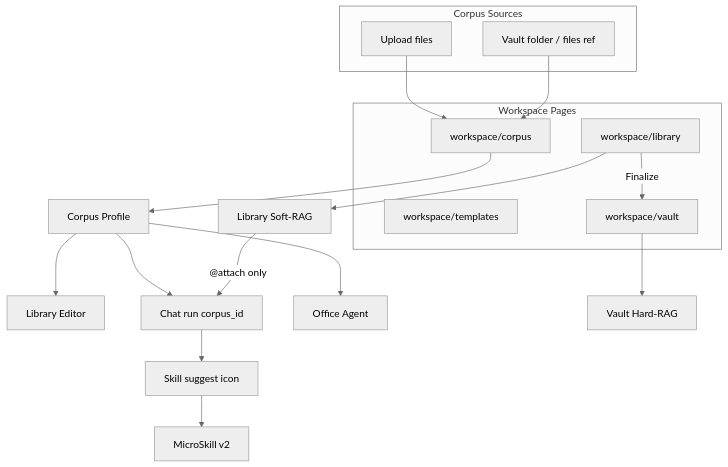
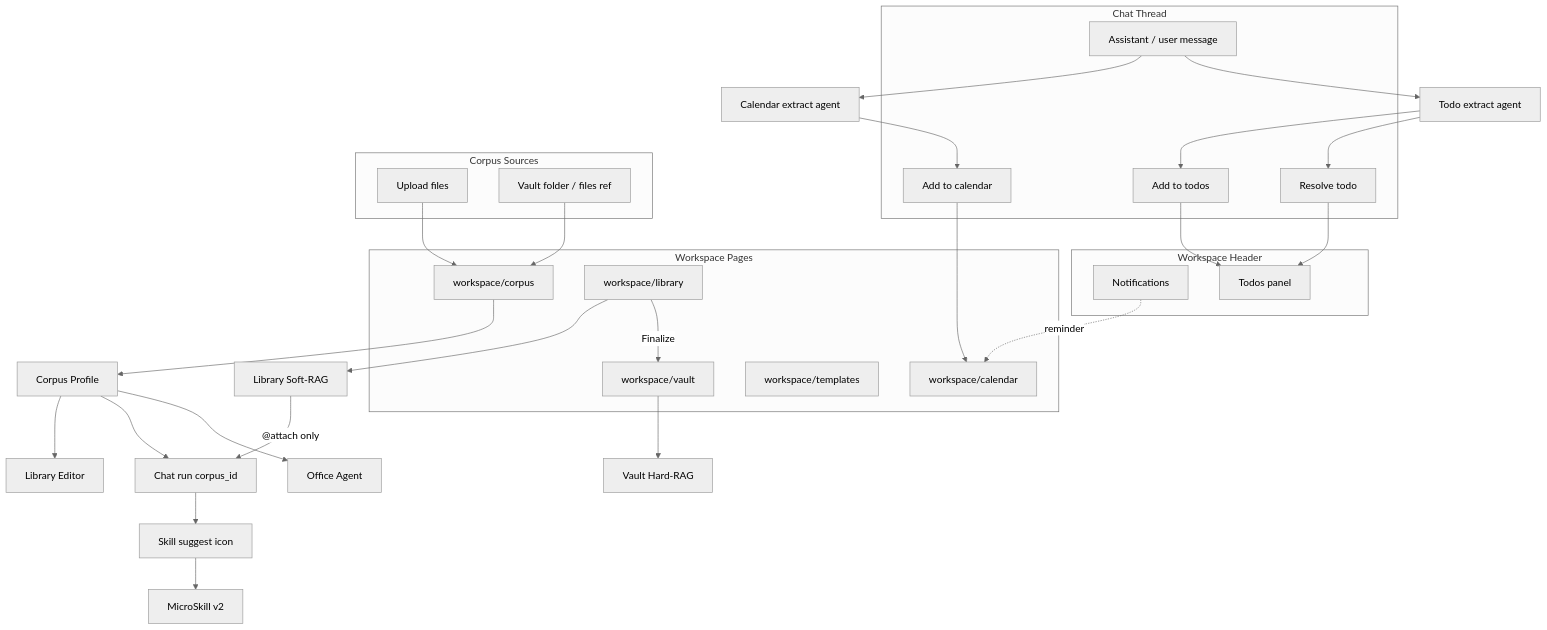
One commit to RayFungHK/oaao.ai-v1 changed the diagram in docs/OAAO_Content_Studio_Epics.md. Above: the diagram before and after it, drawn with Mermaid (neutral theme). The commit also changed other lines of this file and 1 other file, not shown here.

First line of the commit message:
docs(content-studio): add Calendar and Todo agent epics.

````diff
--- a/docs/OAAO_Content_Studio_Epics.md
+++ b/docs/OAAO_Content_Studio_Epics.md
@@ -27,29 +31,52 @@
 ```mermaid
 flowchart TB
   subgraph pages [Workspace Pages]
     CorpusPage["workspace/corpus"]
     LibraryPage["workspace/library"]
+    CalendarPage["workspace/calendar"]
     TemplatesPage["workspace/templates"]
     VaultPage["workspace/vault"]
   end
+
+  subgraph header [Workspace Header]
+    NotifBell[Notifications]
+    TodosIcon[Todos panel]
+  end
+
+  subgraph chat [Chat Thread]
+    Msg[Assistant / user message]
+    CalChip["Add to calendar"]
+    TodoChip["Add to todos"]
+    ResolveBtn[Resolve todo]
+  end
+
+  Msg --> CalAgent[Calendar extract agent]
+  Msg --> TodoAgent[Todo extract agent]
+  CalAgent --> CalChip
+  TodoAgent --> TodoChip
+  CalChip --> CalendarPage
+  TodoChip --> TodosIcon
+  TodoAgent --> ResolveBtn
+  ResolveBtn --> TodosIcon
+  NotifBell -. reminder .-> CalendarPage
 
   subgraph sources [Corpus Sources]
     Upload[Upload files]
     VaultRef[Vault folder / files ref]
   end
 
   Upload --> CorpusPage
   VaultRef --> CorpusPage
   CorpusPage --> Profile[Corpus Profile]
   Profile --> Editor[Library Editor]
   Profile --> Chat[Chat run corpus_id]
   Profile --> Office[Office Agent]
 
   LibraryPage --> SoftRAG[Library Soft-RAG]
   SoftRAG -->|"@attach only"| Chat
   LibraryPage -->|"Finalize"| VaultPage
   VaultPage --> HardRAG[Vault Hard-RAG]
 
   Chat --> SkillUX[Skill suggest icon]
   SkillUX --> MicroSkill[MicroSkill v2]
 ```
````
